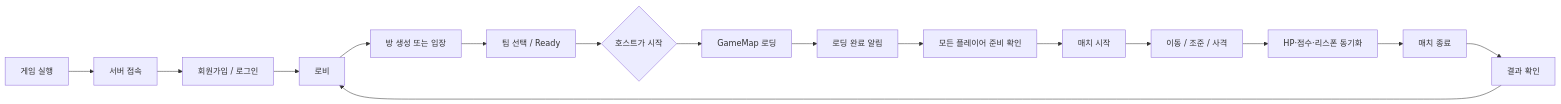
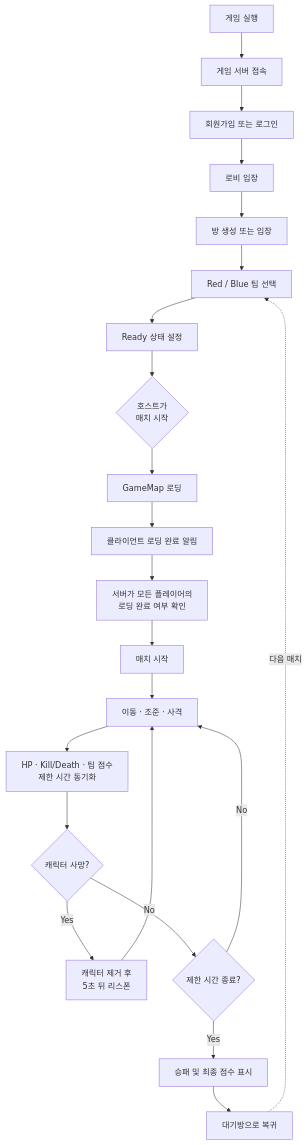
Before and after one commit to JJW8584/Unreal_Project_Arena: the first of 3 diagrams in README.md, drawn with Mermaid.

````diff
--- a/README.md
+++ b/README.md
@@ -32,18 +32,24 @@
 ```mermaid
-flowchart LR
-    A[게임 실행] --> B[서버 접속]
-    B --> C[회원가입 / 로그인]
-    C --> D[로비]
+flowchart TD
+    A[게임 실행] --> B[게임 서버 접속]
+    B --> C[회원가입 또는 로그인]
+    C --> D[로비 입장]
     D --> E[방 생성 또는 입장]
-    E --> F[팀 선택 / Ready]
-    F --> G{호스트가 시작}
-    G --> H[GameMap 로딩]
-    H --> I[로딩 완료 알림]
-    I --> J[모든 플레이어 준비 확인]
-    J --> K[매치 시작]
-    K --> L[이동 / 조준 / 사격]
-    L --> M[HP·점수·리스폰 동기화]
-    M --> N[매치 종료]
-    N --> O[결과 확인]
-    O --> D
+    E --> F[Red / Blue 팀 선택]
+    F --> G[Ready 상태 설정]
+    G --> H{호스트가<br/>매치 시작}
+    H --> I[GameMap 로딩]
+    I --> J[클라이언트 로딩 완료 알림]
+    J --> K[서버가 모든 플레이어의<br/>로딩 완료 여부 확인]
+    K --> L[매치 시작]
+    L --> M[이동 · 조준 · 사격]
+    M --> N[HP · Kill/Death · 팀 점수<br/>제한 시간 동기화]
+    N --> O{캐릭터 사망?}
+    O -->|Yes| P[캐릭터 제거 후<br/>5초 뒤 리스폰]
+    P --> M
+    O -->|No| Q{제한 시간 종료?}
+    Q -->|No| M
+    Q -->|Yes| R[승패 및 최종 점수 표시]
+    R --> S[대기방으로 복귀]
+    S -. 다음 매치 .-> F
 ```
````
